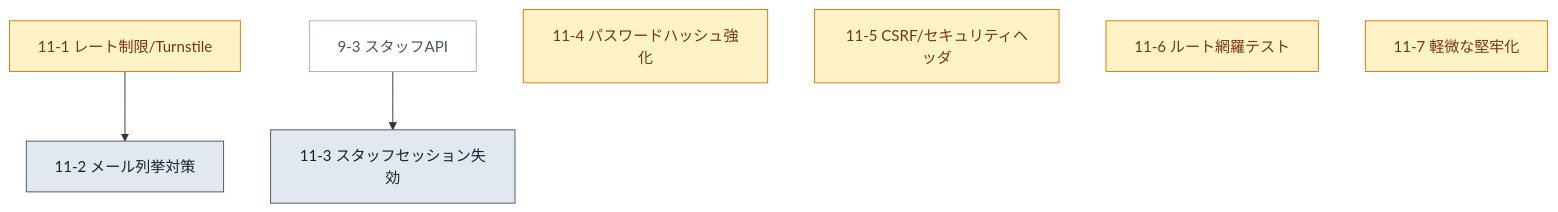
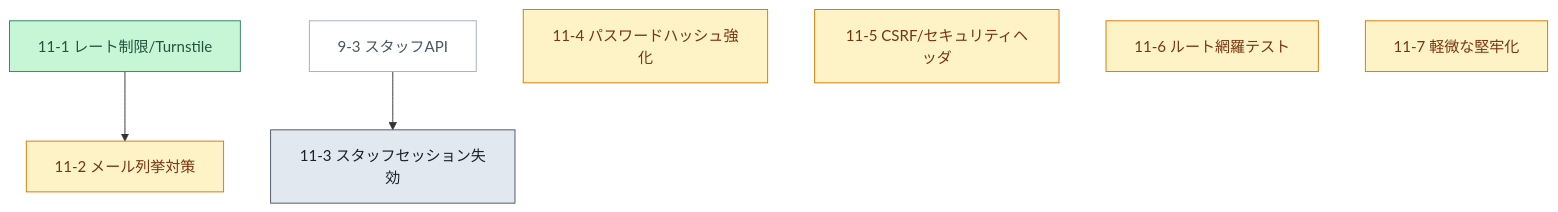
Diagram 11 of 12 in tasks.md (m-uesaka/regional-quiz-entry-form), drawn with Mermaid before and after one commit. The commit also changed other lines of this file and 59 other files, not shown here.

````diff
--- a/tasks.md
+++ b/tasks.md
@@ -243,13 +243,14 @@
 ```mermaid
 graph TD
-  T111["11-1 レート制限/Turnstile"]:::next --> T112["11-2 メール列挙対策"]:::todo
+  T111["11-1 レート制限/Turnstile"]:::done --> T112["11-2 メール列挙対策"]:::next
   T93["9-3 スタッフAPI"]:::prereq --> T113["11-3 スタッフセッション失効"]:::todo
   T114["11-4 パスワードハッシュ強化"]:::next
   T115["11-5 CSRF/セキュリティヘッダ"]:::next
   T116["11-6 ルート網羅テスト"]:::next
   T117["11-7 軽微な堅牢化"]:::next
 
+  classDef done fill:#c6f6d5,stroke:#2f855a,color:#22543d;
   classDef todo fill:#e2e8f0,stroke:#4a5568,color:#1a202c;
   classDef next fill:#fef3c7,stroke:#d97706,color:#78350f;
   classDef prereq fill:#ffffff,stroke:#a0aec0,color:#4a5568;
 ```
````
